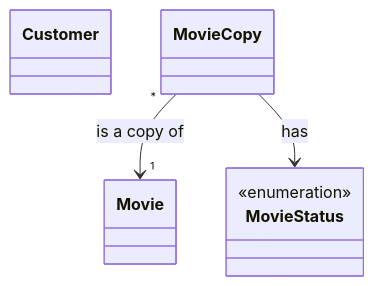
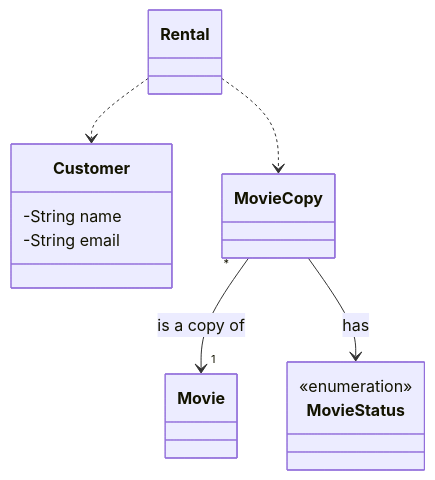
The second of 5 diagrams in docs/README.md (uvavalencia-cs2100/uva-blockbuster), drawn with Mermaid before and after one commit. The commit also changed other lines of this file and 13 other files, not shown here.

First line of the commit message:
Redesign the architecture (#36)

````diff
--- a/docs/README.md
+++ b/docs/README.md
@@ -168,12 +191,18 @@
 ```mermaid
 classDiagram
-    class Customer
+    class Customer {
+        -String name
+        -String email
+    }
     class Movie
     class MovieCopy
+    class Rental
     class MovieStatus {
         <<enumeration>>
     }
 
     MovieCopy "*" --> "1" Movie : is a copy of
     MovieCopy --> MovieStatus : has
+    Rental ..> MovieCopy
+    Rental ..> Customer
 ```
````
